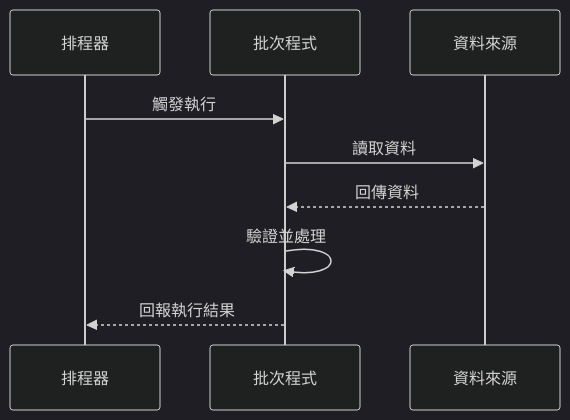
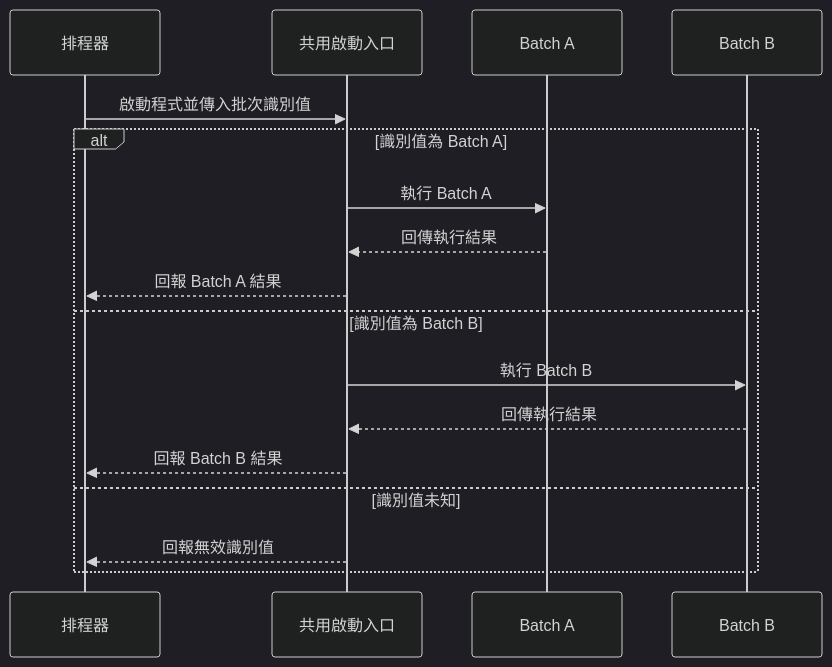
The second of 2 diagrams in skills/batch-spec-writer/assets/batch-spec-template.md (AkagitsuneTW/skill-builder), drawn with Mermaid (dark theme) before and after one commit. The commit also changed other lines of this file and 1 other file, not shown here.

Commit message:
feat: support multi-batch repository specifications

````diff
--- a/skills/batch-spec-writer/assets/batch-spec-template.md
+++ b/skills/batch-spec-writer/assets/batch-spec-template.md
@@ -65,11 +82,19 @@
 ```mermaid
 sequenceDiagram
     participant S as 排程器
-    participant B as 批次程式
-    participant D as 資料來源
-    S->>B: 觸發執行
-    B->>D: 讀取資料
-    D-->>B: 回傳資料
-    B->>B: 驗證並處理
-    B-->>S: 回報執行結果
+    participant E as 共用啟動入口
+    participant A as Batch A
+    participant B as Batch B
+    S->>E: 啟動程式並傳入批次識別值
+    alt 識別值為 Batch A
+        E->>A: 執行 Batch A
+        A-->>E: 回傳執行結果
+        E-->>S: 回報 Batch A 結果
+    else 識別值為 Batch B
+        E->>B: 執行 Batch B
+        B-->>E: 回傳執行結果
+        E-->>S: 回報 Batch B 結果
+    else 識別值未知
+        E-->>S: 回報無效識別值
+    end
 ```
````
